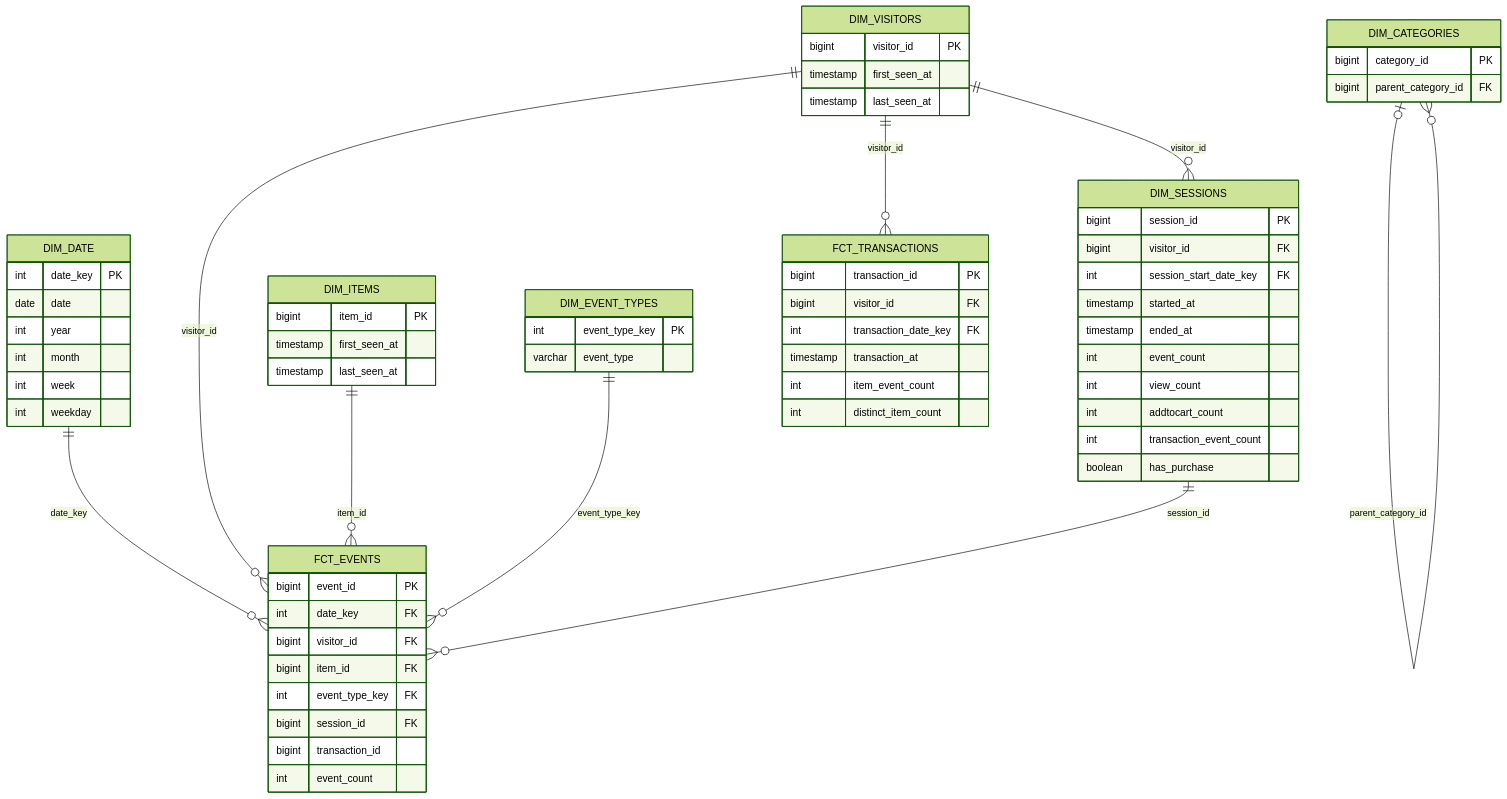
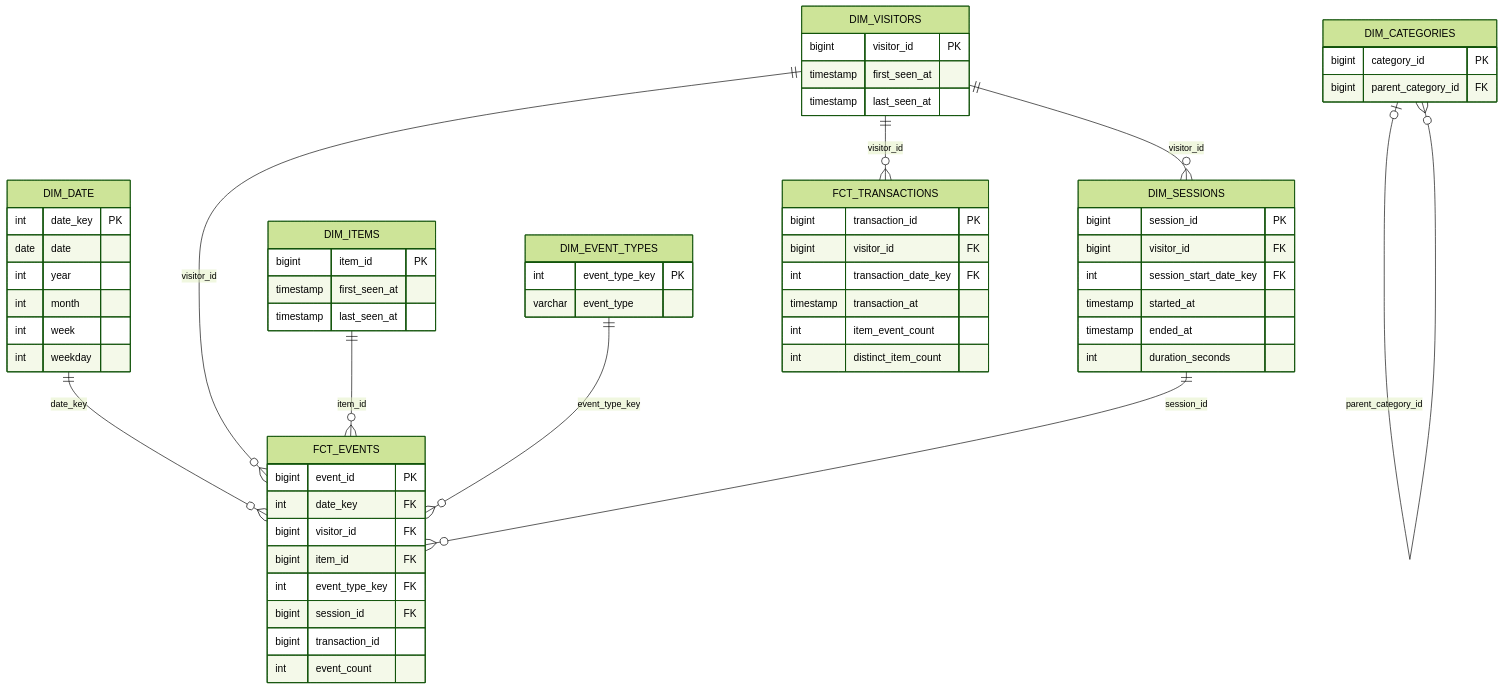
The diagram in docs/erd.mmd (whunotexplain/marketplace-product-analytics), drawn with Mermaid (forest theme) before and after one commit.

Commit message:
docs: keep session dimension descriptive

```diff
--- a/docs/erd.mmd
+++ b/docs/erd.mmd
@@ -1,79 +1,75 @@
 erDiagram
     DIM_DATE ||--o{ FCT_EVENTS : date_key
     DIM_VISITORS ||--o{ FCT_EVENTS : visitor_id
     DIM_ITEMS ||--o{ FCT_EVENTS : item_id
     DIM_EVENT_TYPES ||--o{ FCT_EVENTS : event_type_key
 
     DIM_VISITORS ||--o{ DIM_SESSIONS : visitor_id
     DIM_SESSIONS ||--o{ FCT_EVENTS : session_id
     DIM_VISITORS ||--o{ FCT_TRANSACTIONS : visitor_id
 
     DIM_CATEGORIES o|--o{ DIM_CATEGORIES : parent_category_id
 
     DIM_DATE {
         int date_key PK
         date date
         int year
         int month
         int week
         int weekday
     }
 
     DIM_VISITORS {
         bigint visitor_id PK
         timestamp first_seen_at
         timestamp last_seen_at
     }
 
     DIM_ITEMS {
         bigint item_id PK
         timestamp first_seen_at
         timestamp last_seen_at
     }
 
     DIM_EVENT_TYPES {
         int event_type_key PK
         varchar event_type
     }
 
     DIM_CATEGORIES {
         bigint category_id PK
         bigint parent_category_id FK
     }
 
     FCT_EVENTS {
         bigint event_id PK
         int date_key FK
         bigint visitor_id FK
         bigint item_id FK
         int event_type_key FK
         bigint session_id FK
         bigint transaction_id
         int event_count
     }
 
     DIM_SESSIONS {
         bigint session_id PK
         bigint visitor_id FK
         int session_start_date_key FK
         timestamp started_at
         timestamp ended_at
-        int event_count
-        int view_count
-        int addtocart_count
-        int transaction_event_count
-        boolean has_purchase
+        int duration_seconds
     }
 
     FCT_TRANSACTIONS {
         bigint transaction_id PK
         bigint visitor_id FK
         int transaction_date_key FK
         timestamp transaction_at
         int item_event_count
         int distinct_item_count
     }
 
     %% No DIM_ITEMS -> DIM_CATEGORIES relationship:
     %% current source files do not prove item-to-category mapping.
     %% transaction_id in FCT_EVENTS is a degenerate dimension.
```
